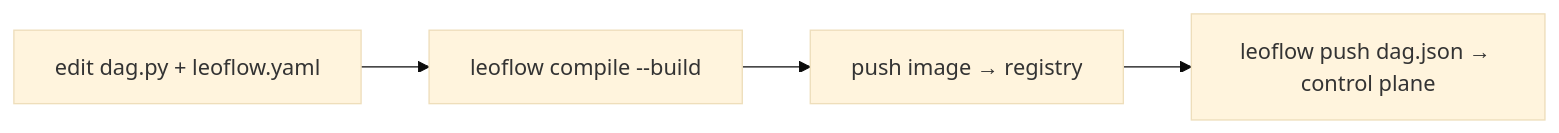
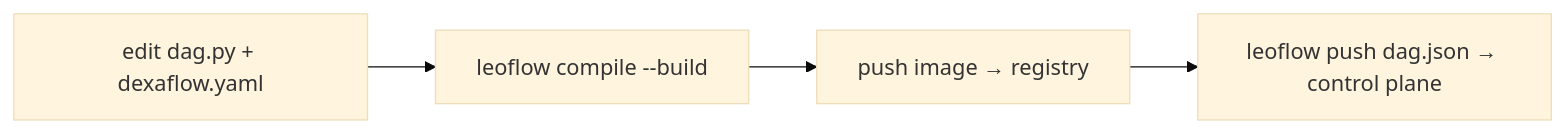
Before and after one commit to dexadata/dexaflow: the diagram in website/content/operate/cicd-deploy.md, drawn with Mermaid (base theme). The commit also changed other lines of this file and 181 other files, not shown here.

Commit message:
docs: document dexaflow.yaml, DEXAFLOW_ and ~/.dexaflow, and bind both env prefixes in the loaders

````diff
--- a/website/content/operate/cicd-deploy.md
+++ b/website/content/operate/cicd-deploy.md
@@ -36,6 +36,6 @@
 ```mermaid
 flowchart LR
-  E[edit dag.py + leoflow.yaml] --> C[leoflow compile --build]
+  E[edit dag.py + dexaflow.yaml] --> C[leoflow compile --build]
   C --> P[push image → registry]
   P --> R[leoflow push dag.json → control plane]
 ```
````
